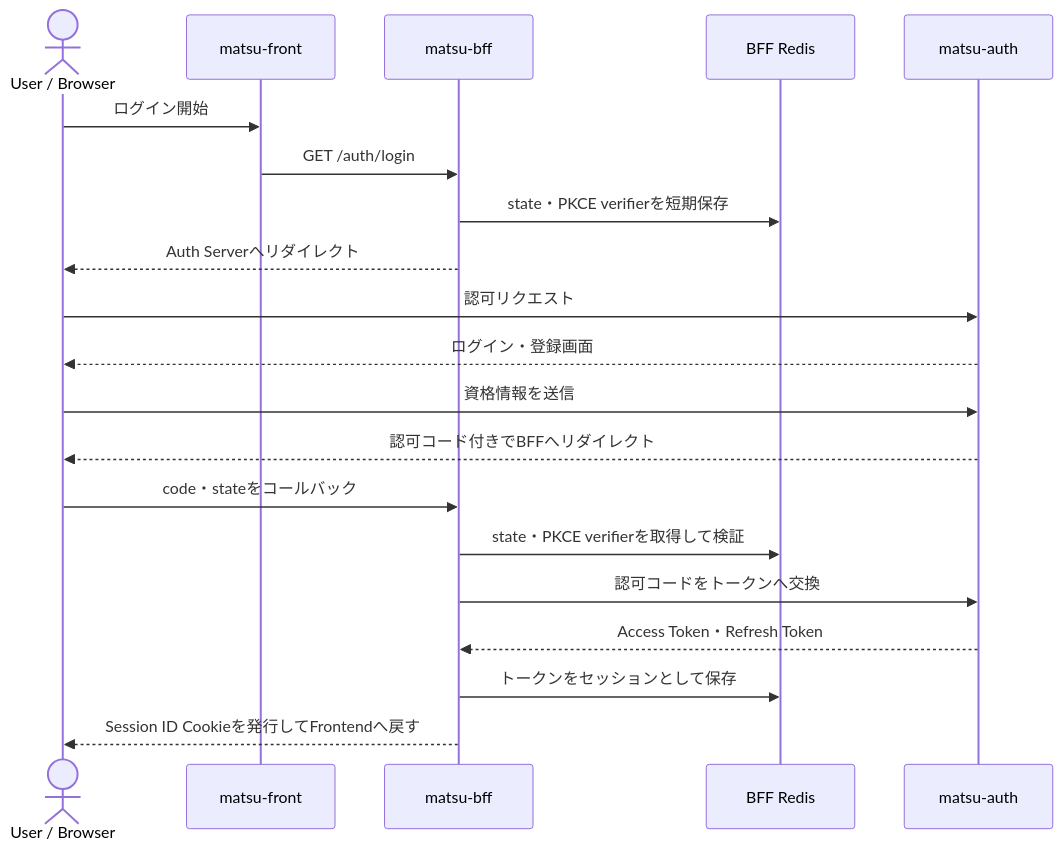
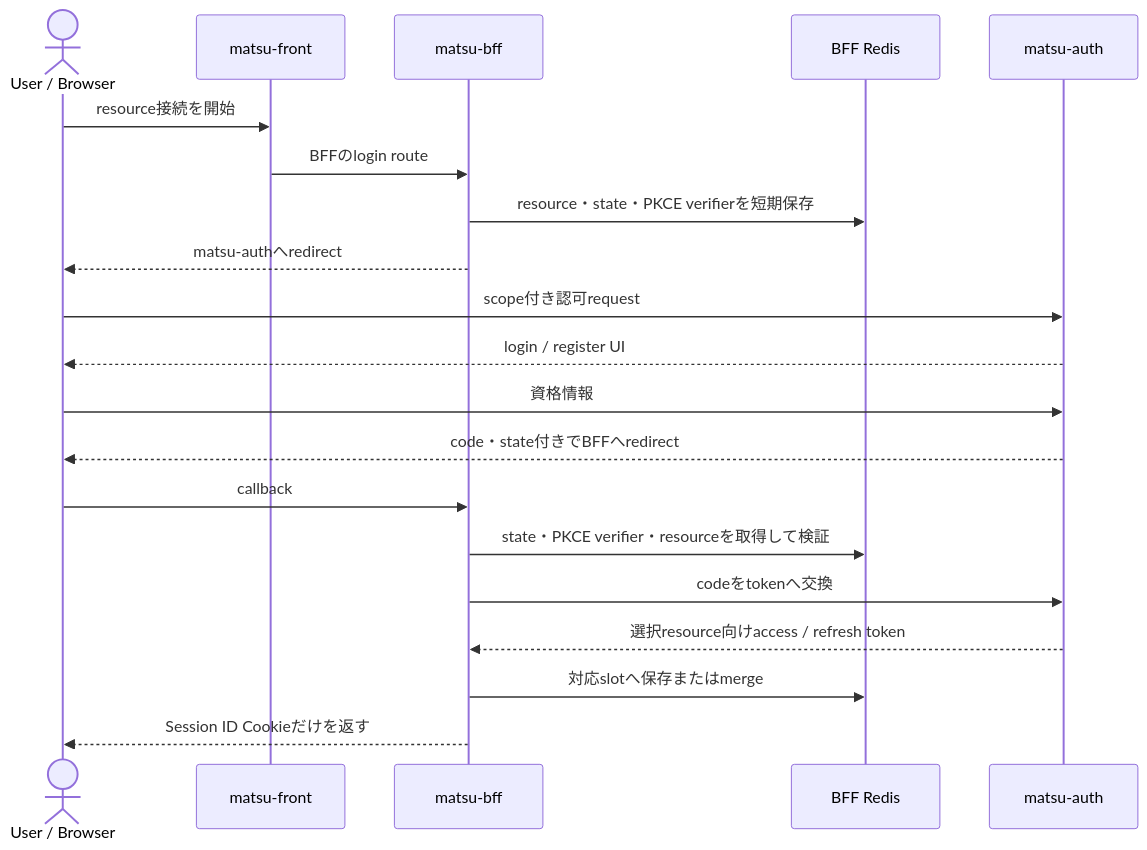
One commit to shu-matsukubo/matsu-docs changed the first of 2 diagrams in docs/architecture/authentication.md. Above: the diagram before and after it, drawn with Mermaid. The commit also changed other lines of this file and 9 other files, not shown here.

````diff
--- a/docs/architecture/authentication.md
+++ b/docs/architecture/authentication.md
@@ -34,23 +53,23 @@
 ```mermaid
 sequenceDiagram
     actor User as User / Browser
     participant Front as matsu-front
     participant BFF as matsu-bff
     participant Redis as BFF Redis
     participant Auth as matsu-auth
 
-    User->>Front: ログイン開始
-    Front->>BFF: GET /auth/login
-    BFF->>Redis: state・PKCE verifierを短期保存
-    BFF-->>User: Auth Serverへリダイレクト
-    User->>Auth: 認可リクエスト
-    Auth-->>User: ログイン・登録画面
-    User->>Auth: 資格情報を送信
-    Auth-->>User: 認可コード付きでBFFへリダイレクト
-    User->>BFF: code・stateをコールバック
-    BFF->>Redis: state・PKCE verifierを取得して検証
-    BFF->>Auth: 認可コードをトークンへ交換
-    Auth-->>BFF: Access Token・Refresh Token
-    BFF->>Redis: トークンをセッションとして保存
-    BFF-->>User: Session ID Cookieを発行してFrontendへ戻す
+    User->>Front: resource接続を開始
+    Front->>BFF: BFFのlogin route
+    BFF->>Redis: resource・state・PKCE verifierを短期保存
+    BFF-->>User: matsu-authへredirect
+    User->>Auth: scope付き認可request
+    Auth-->>User: login / register UI
+    User->>Auth: 資格情報
+    Auth-->>User: code・state付きでBFFへredirect
+    User->>BFF: callback
+    BFF->>Redis: state・PKCE verifier・resourceを取得して検証
+    BFF->>Auth: codeをtokenへ交換
+    Auth-->>BFF: 選択resource向けaccess / refresh token
+    BFF->>Redis: 対応slotへ保存またはmerge
+    BFF-->>User: Session ID Cookieだけを返す
 ```
````
